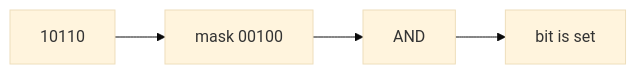
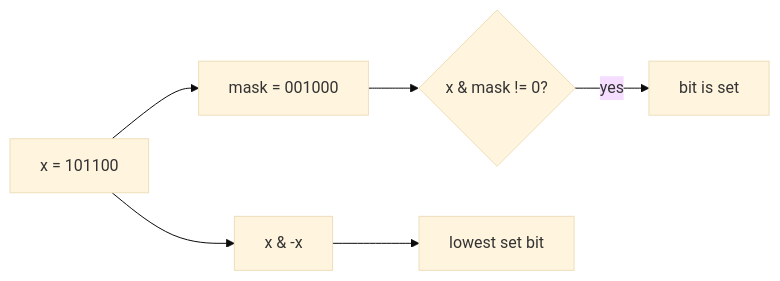
One commit to Icon1cc/Data-Structures-and-Algorithms changed the diagram in bit-manipulation/README.md. Above: the diagram before and after it, drawn with Mermaid (base theme). The commit also changed other lines of this file and 112 other files, not shown here.

````diff
--- a/bit-manipulation/README.md
+++ b/bit-manipulation/README.md
@@ -55,6 +63,8 @@
 ```mermaid
 flowchart LR
-    A[10110] --> B[mask 00100]
-    B --> C[AND]
-    C --> D[bit is set]
+    A[x = 101100] --> B[mask = 001000]
+    B --> C{x & mask != 0?}
+    C -->|yes| D[bit is set]
+    A --> E[x & -x]
+    E --> F[lowest set bit]
 ```
````
